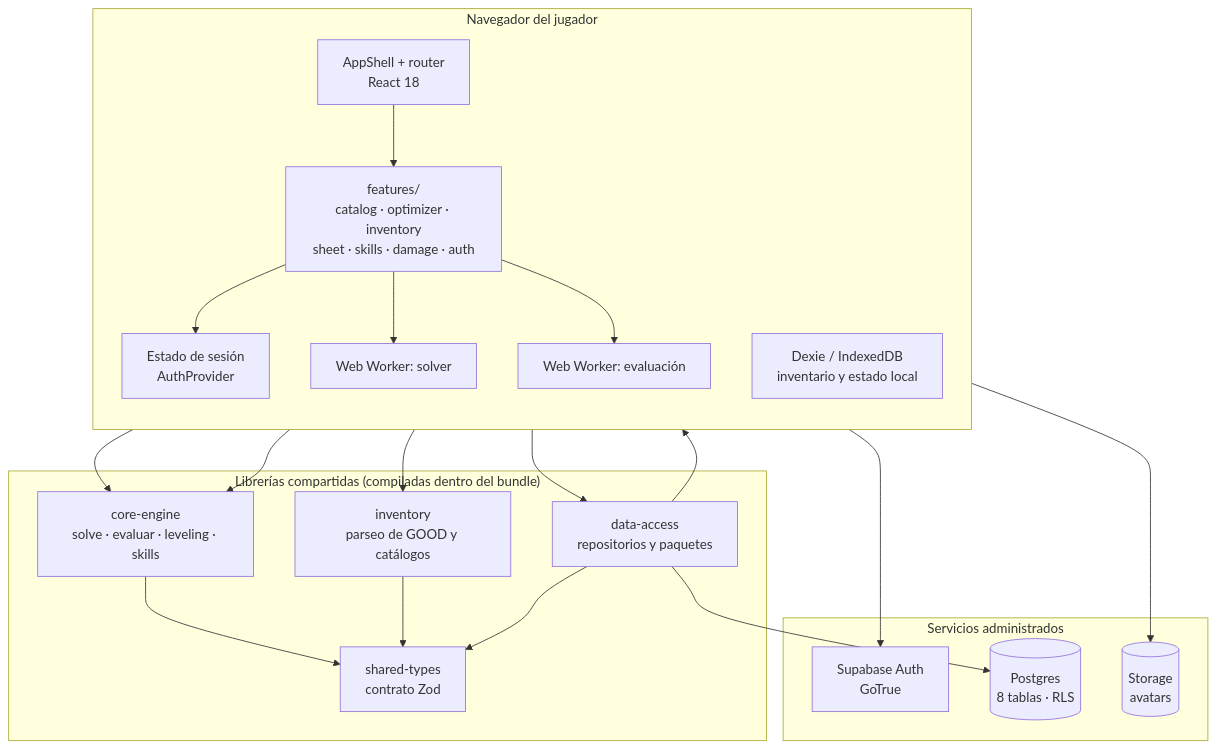
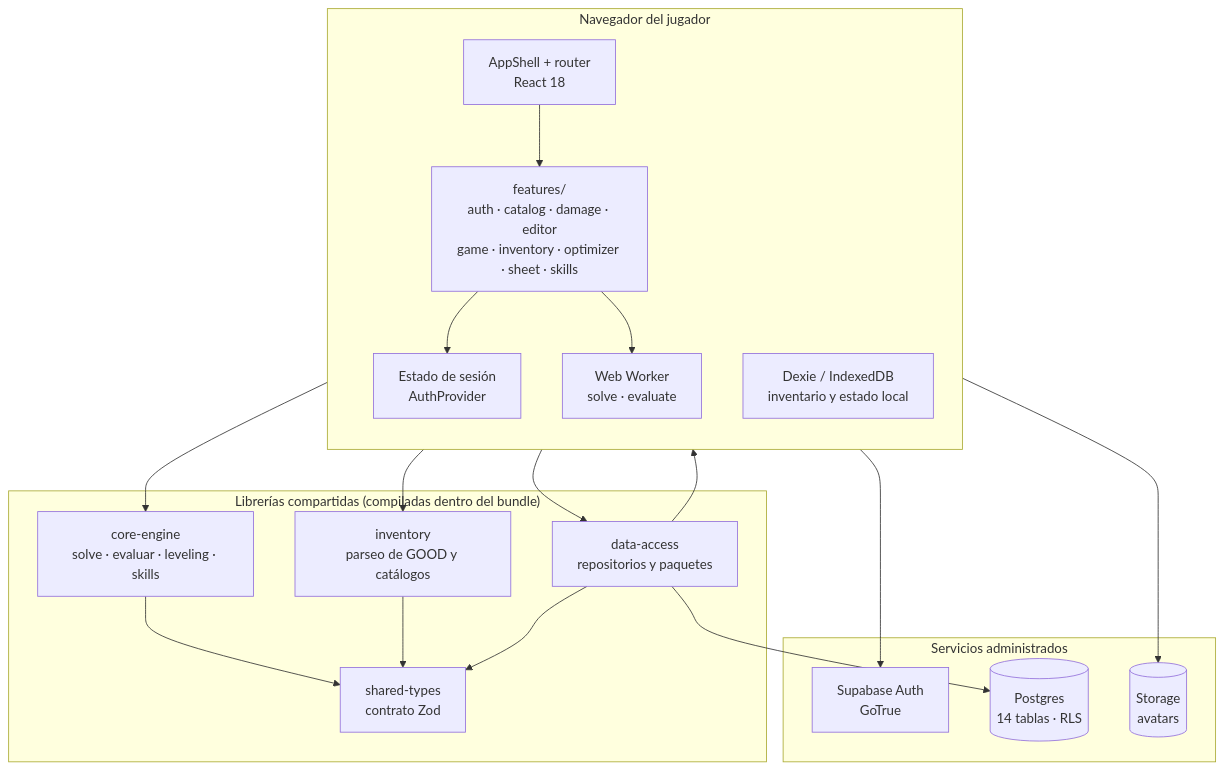
One commit to Cooounterfeit/Optimizador_RPG changed the fourth of 5 diagrams in docs/arquitectura.md. Above: the diagram before and after it, drawn with Mermaid. The commit also changed other lines of this file and 64 other files, not shown here.

````diff
--- a/docs/arquitectura.md
+++ b/docs/arquitectura.md
@@ -122,41 +137,38 @@
 ```mermaid
 graph TB
     subgraph Cliente["Navegador del jugador"]
         direction TB
         SHELL["AppShell + router<br/>React 18"]
-        FEAT["features/<br/>catalog · optimizer · inventory<br/>sheet · skills · damage · auth"]
+        FEAT["features/<br/>auth · catalog · damage · editor<br/>game · inventory · optimizer · sheet · skills"]
         STORE["Estado de sesión<br/>AuthProvider"]
-        W1["Web Worker: solver"]
-        W2["Web Worker: evaluación"]
+        W1["Web Worker<br/>solve · evaluate"]
         DEXIE["Dexie / IndexedDB<br/>inventario y estado local"]
     end
 
     subgraph Librerias["Librerías compartidas (compiladas dentro del bundle)"]
         ENGINE["core-engine<br/>solve · evaluar · leveling · skills"]
         ACCESS["data-access<br/>repositorios y paquetes"]
         INV["inventory<br/>parseo de GOOD y catálogos"]
         TYPES["shared-types<br/>contrato Zod"]
     end
 
     subgraph Servidor["Servicios administrados"]
         AUTH["Supabase Auth<br/>GoTrue"]
-        PG[("Postgres<br/>8 tablas · RLS")]
+        PG[("Postgres<br/>14 tablas · RLS")]
         STORAGE[("Storage<br/>avatars")]
     end
 
     SHELL --> FEAT
     FEAT --> STORE
     FEAT --> W1
-    FEAT --> W2
     W1 --> ENGINE
-    W2 --> ENGINE
     FEAT --> ACCESS
     FEAT --> INV
     ACCESS --> DEXIE
     ACCESS --> PG
     STORE --> AUTH
     ENGINE --> TYPES
     INV --> TYPES
     ACCESS --> TYPES
     FEAT --> STORAGE
 ```
````
